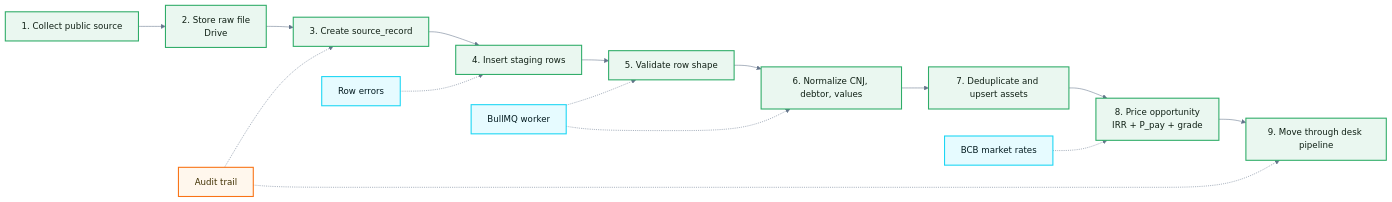
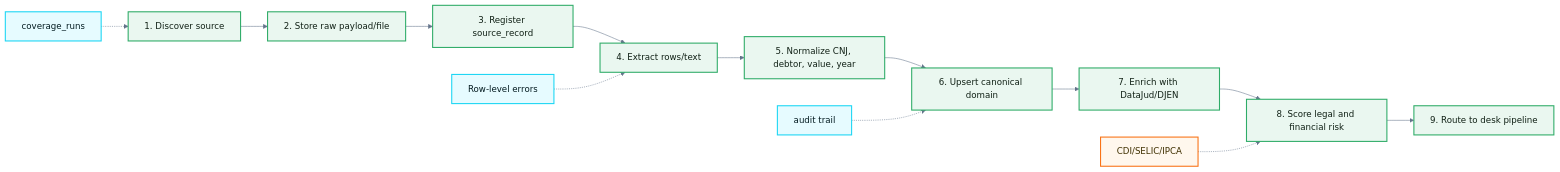
One commit to gabrielmaialva33/juridicai changed the second of 2 diagrams in README.md. Above: the diagram before and after it, drawn with Mermaid. The commit also changed other lines of this file, not shown here.

Commit message:
📝 docs: improve README.md with detailed architecture, pipeline, integrations, and governance

````diff
--- a/README.md
+++ b/README.md
@@ -163,31 +167,29 @@
 ```mermaid
 %%{init: {'theme': 'base', 'themeVariables': {
   'fontFamily': 'ui-monospace, SFMono-Regular, Menlo, Consolas, monospace',
   'lineColor': '#64748b',
   'primaryTextColor': '#111827'
 }}}%%
 flowchart LR
-    UPLOAD["1. Collect public source"] --> STORE["2. Store raw file<br/>Drive"]
-    STORE --> PROVENANCE["3. Create source_record"]
-    PROVENANCE --> STAGE["4. Insert staging rows"]
-    STAGE --> VALIDATE["5. Validate row shape"]
-    VALIDATE --> NORMALIZE["6. Normalize CNJ, debtor, values"]
-    NORMALIZE --> UPSERT["7. Deduplicate and upsert assets"]
-    UPSERT --> PRICE["8. Price opportunity<br/>IRR + P_pay + grade"]
-    PRICE --> PIPELINE["9. Move through desk pipeline"]
+    DISCOVER["1. Discover source"] --> STORE["2. Store raw payload/file"]
+    STORE --> EVIDENCE["3. Register source_record"]
+    EVIDENCE --> EXTRACT["4. Extract rows/text"]
+    EXTRACT --> NORMALIZE["5. Normalize CNJ, debtor, value, year"]
+    NORMALIZE --> CANONICAL["6. Upsert canonical domain"]
+    CANONICAL --> ENRICH["7. Enrich with DataJud/DJEN"]
+    ENRICH --> SCORE["8. Score legal and financial risk"]
+    SCORE --> DESK["9. Route to desk pipeline"]
 
-    ERRORS["Row errors"] -.-> STAGE
-    AUDIT["Audit trail"] -.-> PROVENANCE
-    AUDIT -.-> PIPELINE
-    WORKER["BullMQ worker"] -.-> VALIDATE
-    WORKER -.-> NORMALIZE
-    RATES["BCB market rates"] -.-> PRICE
+    ERRORS["Row-level errors"] -.-> EXTRACT
+    COVERAGE["coverage_runs"] -.-> DISCOVER
+    AUDIT["audit trail"] -.-> CANONICAL
+    RATES["CDI/SELIC/IPCA"] -.-> SCORE
 
     classDef step fill:#EAF7F0,stroke:#2FAC68,color:#102015,stroke-width:2px;
-    classDef side fill:#E6FBFF,stroke:#1CD6F4,color:#031B20,stroke-width:2px;
-    classDef audit fill:#FFF7ED,stroke:#F97316,color:#3F3000,stroke-width:2px;
+    classDef support fill:#E6FBFF,stroke:#1CD6F4,color:#031B20,stroke-width:2px;
+    classDef risk fill:#FFF7ED,stroke:#F97316,color:#3F3000,stroke-width:2px;
 
-    class UPLOAD,STORE,PROVENANCE,STAGE,VALIDATE,NORMALIZE,UPSERT,PRICE,PIPELINE step;
-    class ERRORS,WORKER,RATES side;
-    class AUDIT audit;
+    class DISCOVER,STORE,EVIDENCE,EXTRACT,NORMALIZE,CANONICAL,ENRICH,SCORE,DESK step;
+    class ERRORS,COVERAGE,AUDIT support;
+    class RATES risk;
 ```
````
